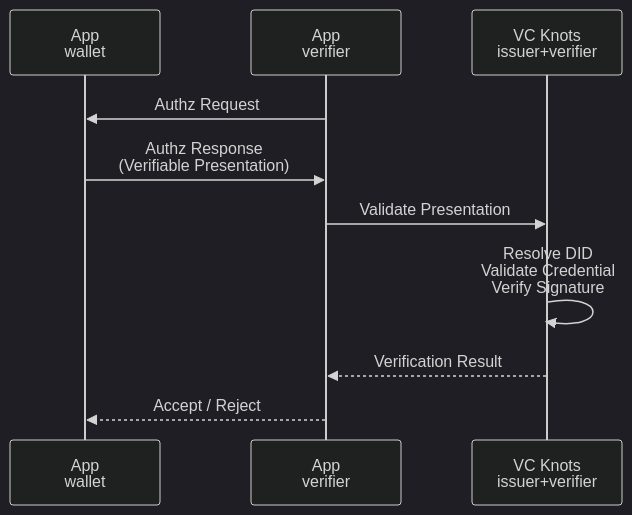
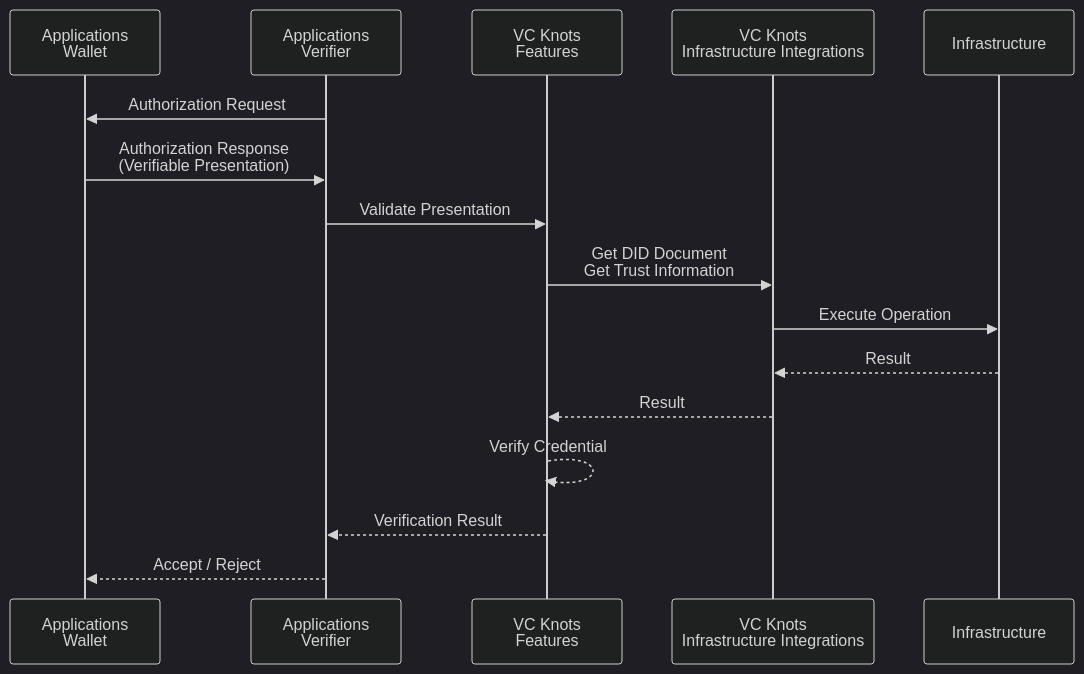
One commit to trustknots/vcknots changed the second of 2 diagrams in docs/i18n/ja/docusaurus-plugin-content-docs/current/architecture-overview.md. Above: the diagram before and after it, drawn with Mermaid (dark theme). The commit also changed other lines of this file and 5 other files, not shown here.

Commit message:
docs(architecture-overview): fix review comments

````diff
--- a/docs/i18n/ja/docusaurus-plugin-content-docs/current/architecture-overview.md
+++ b/docs/i18n/ja/docusaurus-plugin-content-docs/current/architecture-overview.md
@@ -102,19 +126,21 @@
 ```mermaid
 sequenceDiagram
 
-    participant wallet as App<br/>wallet
-    participant verifier as App<br/>verifier
-    participant vcknots as VC Knots<br/>issuer+verifier
+    participant wallet as Applications<br/>Wallet
+    participant verifier as Applications<br/>Verifier
+    participant vcknots as VC Knots<br/>Features
+    participant infraint as VC Knots<br/>Infrastructure Integrations
+    participant infra as Infrastructure
 
-    verifier->>wallet: Authz Request
-
-    wallet->>verifier: Authz Response<br/>(Verifiable Presentation)
+    verifier->>wallet: Authorization Request
+    wallet->>verifier: Authorization Response<br/>(Verifiable Presentation)
 
     verifier->>vcknots: Validate Presentation
-
-    vcknots->>vcknots: Resolve DID<br/>Validate Credential<br/>Verify Signature
-
+    vcknots->>infraint: Get DID Document<br/>Get Trust Information
+    infraint->>infra: Execute Operation
+    infra-->>infraint: Result
+    infraint-->>vcknots: Result
+    vcknots-->>vcknots: Verify Credential
     vcknots-->>verifier: Verification Result
-
     verifier-->>wallet: Accept / Reject
 ```
````
